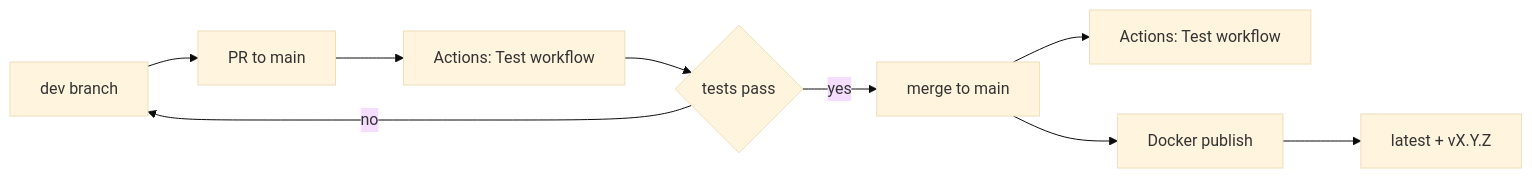
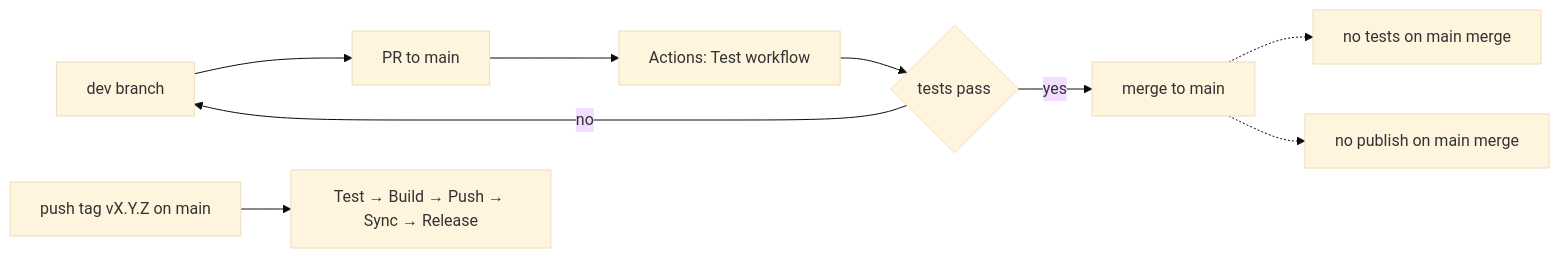
The first of 2 diagrams in docs/DEVELOPER_GUIDE.md (FirbyKirby/udp-broadcast-relay), drawn with Mermaid (base theme) before and after one commit. The commit also changed other lines of this file and 9 other files, not shown here.

First line of the commit message:
ci(workflows): refactor pipeline to dependency chain architecture

````diff
--- a/docs/DEVELOPER_GUIDE.md
+++ b/docs/DEVELOPER_GUIDE.md
@@ -7,11 +7,11 @@
 ```mermaid
 flowchart LR
   dev[dev branch] --> pr[PR to main]
   pr --> checks[Actions: Test workflow]
   checks --> ok{tests pass}
   ok -- yes --> merge[merge to main]
   ok -- no --> dev
-  merge --> checks2[Actions: Test workflow]
-  merge --> publish[Docker publish]
-  publish --> tags[latest + vX.Y.Z]
+  merge -.-> noTests[no tests on main merge]
+  merge -.-> noPublish[no publish on main merge]
+  mainTag[push tag vX.Y.Z on main] --> chain[Test → Build → Push → Sync → Release]
 ```
````
